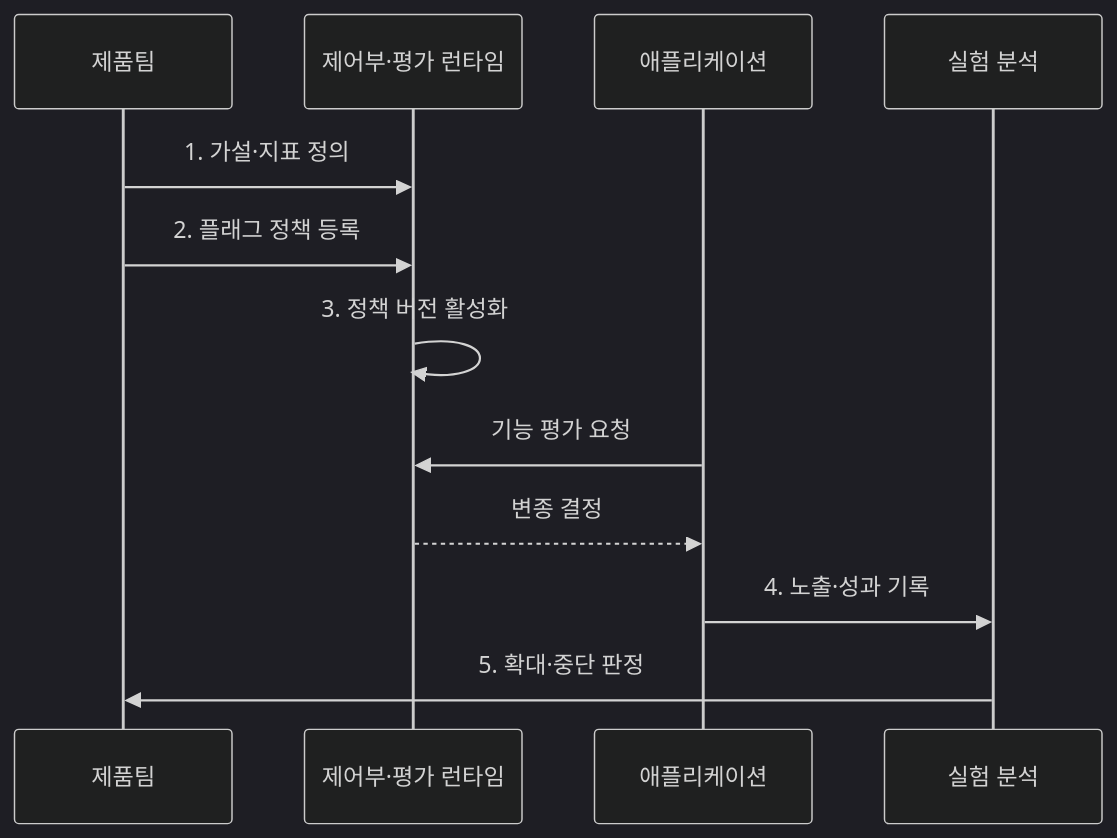
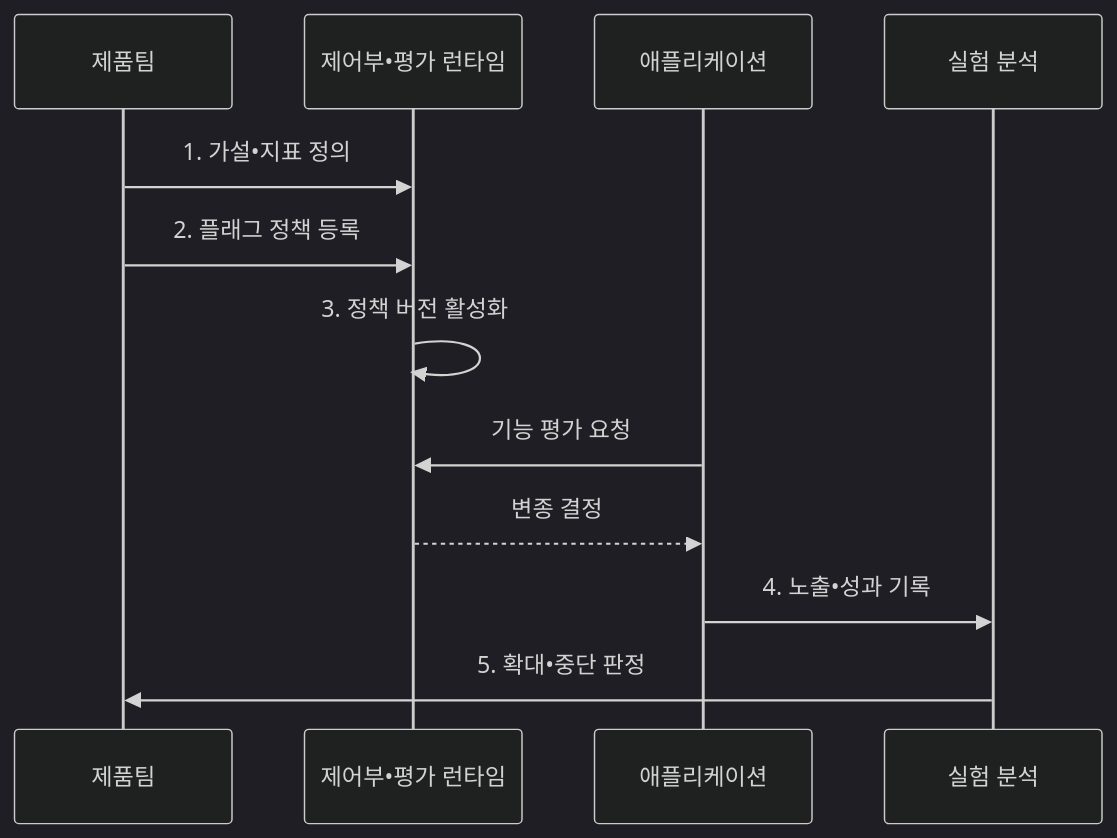
One commit to agnusdei1207/knowledge-base changed the second of 2 diagrams in src/content/docs/notes/03-software/220_feature_toggle_experimentation.md. Above: the diagram before and after it, drawn with Mermaid (dark theme). The commit also changed other lines of this file and 953 other files, not shown here.

````diff
--- a/src/content/docs/notes/03-software/220_feature_toggle_experimentation.md
+++ b/src/content/docs/notes/03-software/220_feature_toggle_experimentation.md
@@ -104,14 +104,14 @@
 ```mermaid
 sequenceDiagram
     participant P as 제품팀
-    participant R as 제어부·평가 런타임
+    participant R as 제어부•평가 런타임
     participant A as 애플리케이션
     participant X as 실험 분석
-    P->>R: 1. 가설·지표 정의
+    P->>R: 1. 가설•지표 정의
     P->>R: 2. 플래그 정책 등록
     R->>R: 3. 정책 버전 활성화
     A->>R: 기능 평가 요청
     R-->>A: 변종 결정
-    A->>X: 4. 노출·성과 기록
-    X->>P: 5. 확대·중단 판정
+    A->>X: 4. 노출•성과 기록
+    X->>P: 5. 확대•중단 판정
 ```
````
